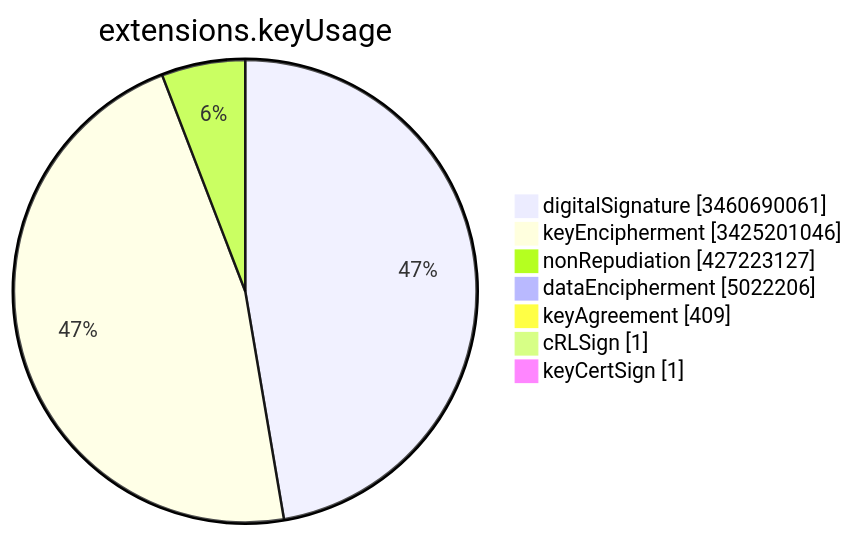
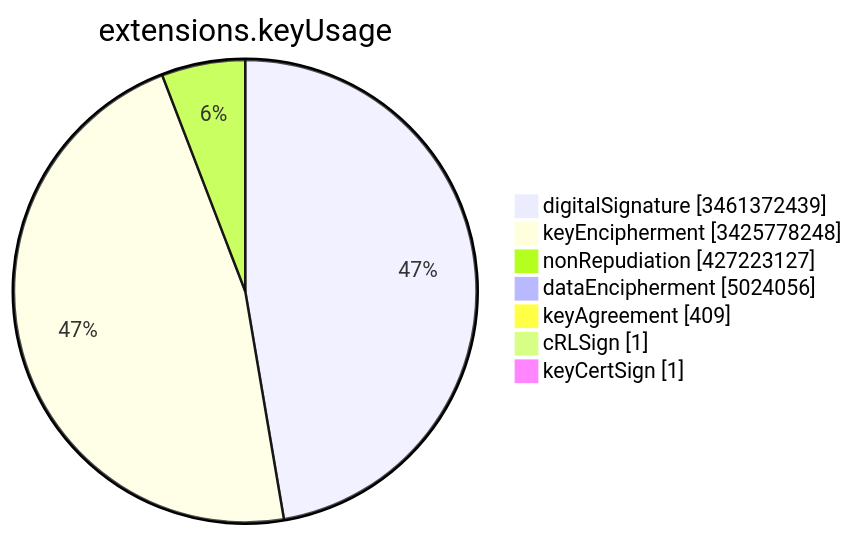
Before and after one commit to christiankrug/ctmonitor_visualization: the sixth of 15 diagrams in TOTAL/README.md, drawn with Mermaid. The commit also changed other lines of this file, not shown here.

````diff
--- a/TOTAL/README.md
+++ b/TOTAL/README.md
@@ -3082,11 +3082,11 @@
 ```mermaid
 pie showData
 title extensions.keyUsage
-"digitalSignature" :3460690061
-"keyEncipherment" :3425201046
+"digitalSignature" :3461372439
+"keyEncipherment" :3425778248
 "nonRepudiation" :427223127
-"dataEncipherment" :5022206
+"dataEncipherment" :5024056
 "keyAgreement" :409
 "cRLSign" :1
 "keyCertSign" :1
 ```
````
